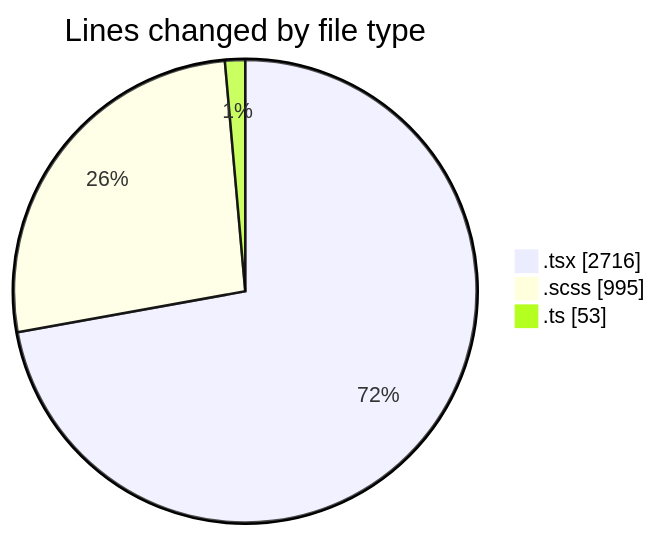
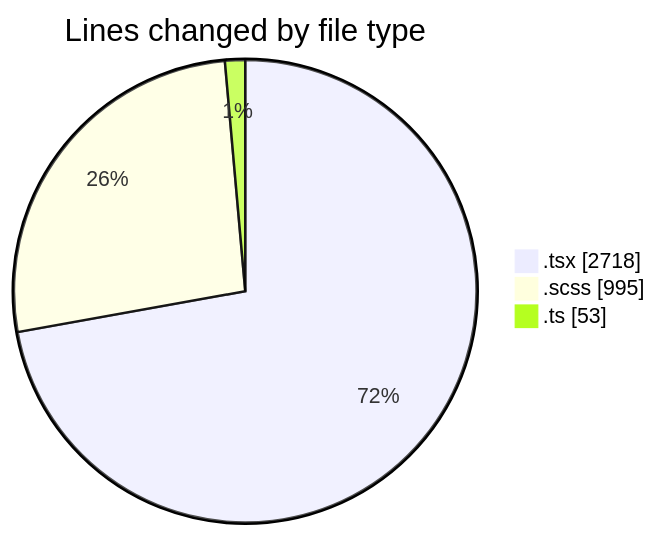
The first of 2 diagrams in 2025-03-27/cda/README.md (momahboobian/code-tracking), drawn with Mermaid before and after one commit. The commit also changed other lines of this file and 1 other file, not shown here.

````diff
--- a/2025-03-27/cda/README.md
+++ b/2025-03-27/cda/README.md
@@ -42,7 +42,7 @@
 ```mermaid
 pie showData
 title Lines changed by file type
-".tsx" : 2716
+".tsx" : 2718
 ".scss" : 995
 ".ts" : 53
 ```
````
